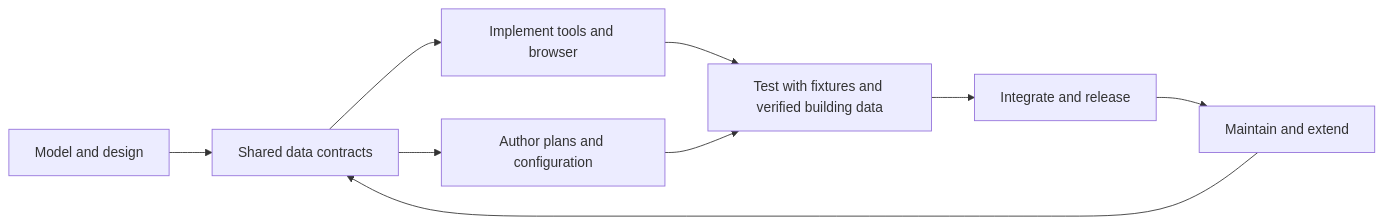
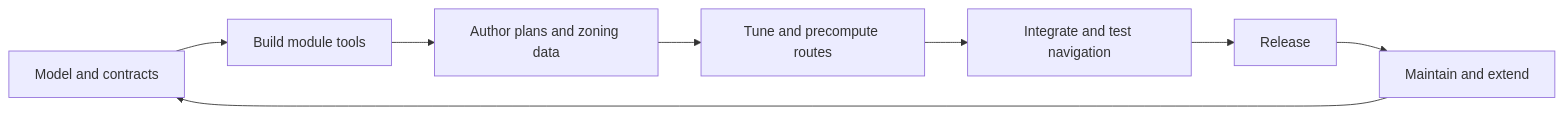
One commit to JanusWebHub/BFW_Wegweiser changed the diagram in docs/implementation-plan.md. Above: the diagram before and after it, drawn with Mermaid. The commit also changed other lines of this file and 2 other files, not shown here.

Commit message:
Reconcile design documentation

````diff
--- a/docs/implementation-plan.md
+++ b/docs/implementation-plan.md
@@ -7,11 +7,10 @@
 ```mermaid
 flowchart LR
-A[Model and design] --> B[Shared data contracts]
-B --> C[Implement tools and browser]
-B --> D[Author plans and configuration]
-C --> E[Test with fixtures and verified building data]
-D --> E
-E --> F[Integrate and release]
+A[Model and contracts] --> B[Build module tools]
+B --> C[Author plans and zoning data]
+C --> D[Tune and precompute routes]
+D --> E[Integrate and test navigation]
+E --> F[Release]
 F --> G[Maintain and extend]
-G --> B
+G --> A
 ```
````
